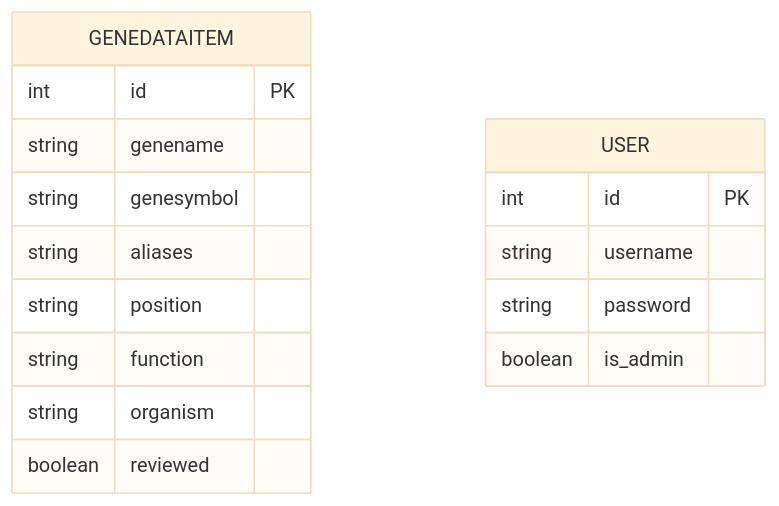
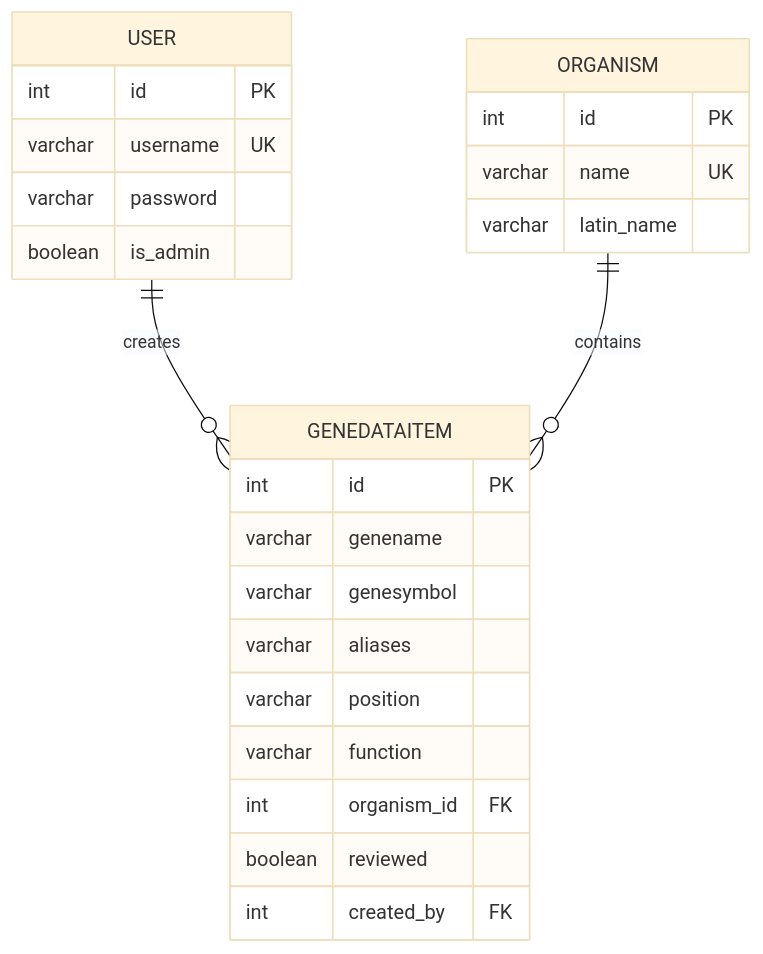
One commit to Chrisi3000/geneData changed the first of 2 diagrams in Docs/DatabaseDoku.md. Above: the diagram before and after it, drawn with Mermaid (base theme). The commit also changed other lines of this file, not shown here.

````diff
--- a/Docs/DatabaseDoku.md
+++ b/Docs/DatabaseDoku.md
@@ -60,20 +194,30 @@
 ```mermaid
 erDiagram
-    GENEDATAITEM {
-        int id PK
-        string genename
-        string genesymbol
-        string aliases
-        string position
-        string function
-        string organism
-        boolean reviewed
-    }
+    USER ||--o{ GENEDATAITEM : creates
+    ORGANISM ||--o{ GENEDATAITEM : contains
 
     USER {
         int id PK
-        string username
-        string password
+        varchar username UK
+        varchar password
         boolean is_admin
     }
+
+    ORGANISM {
+        int id PK
+        varchar name UK
+        varchar latin_name
+    }
+
+    GENEDATAITEM {
+        int id PK
+        varchar genename
+        varchar genesymbol
+        varchar aliases
+        varchar position
+        varchar function
+        int organism_id FK
+        boolean reviewed
+        int created_by FK
+    }
 ```
````
